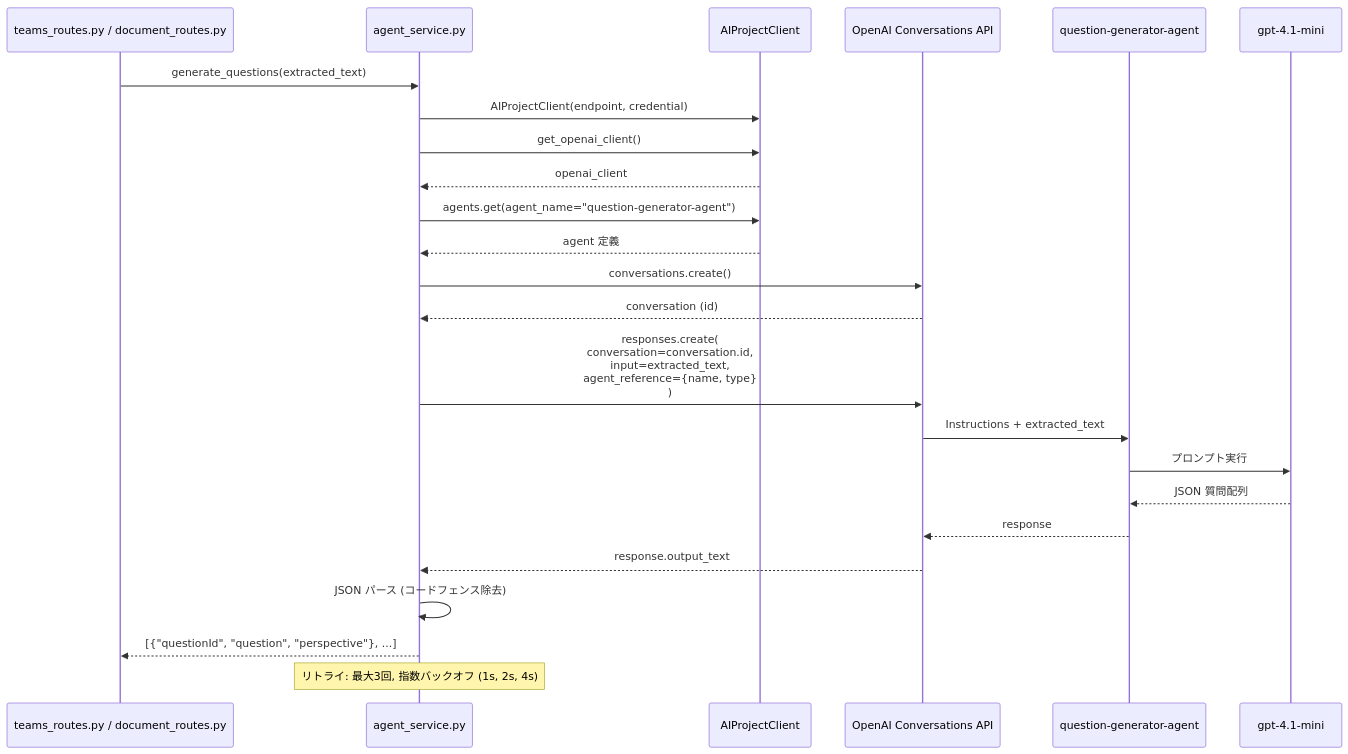
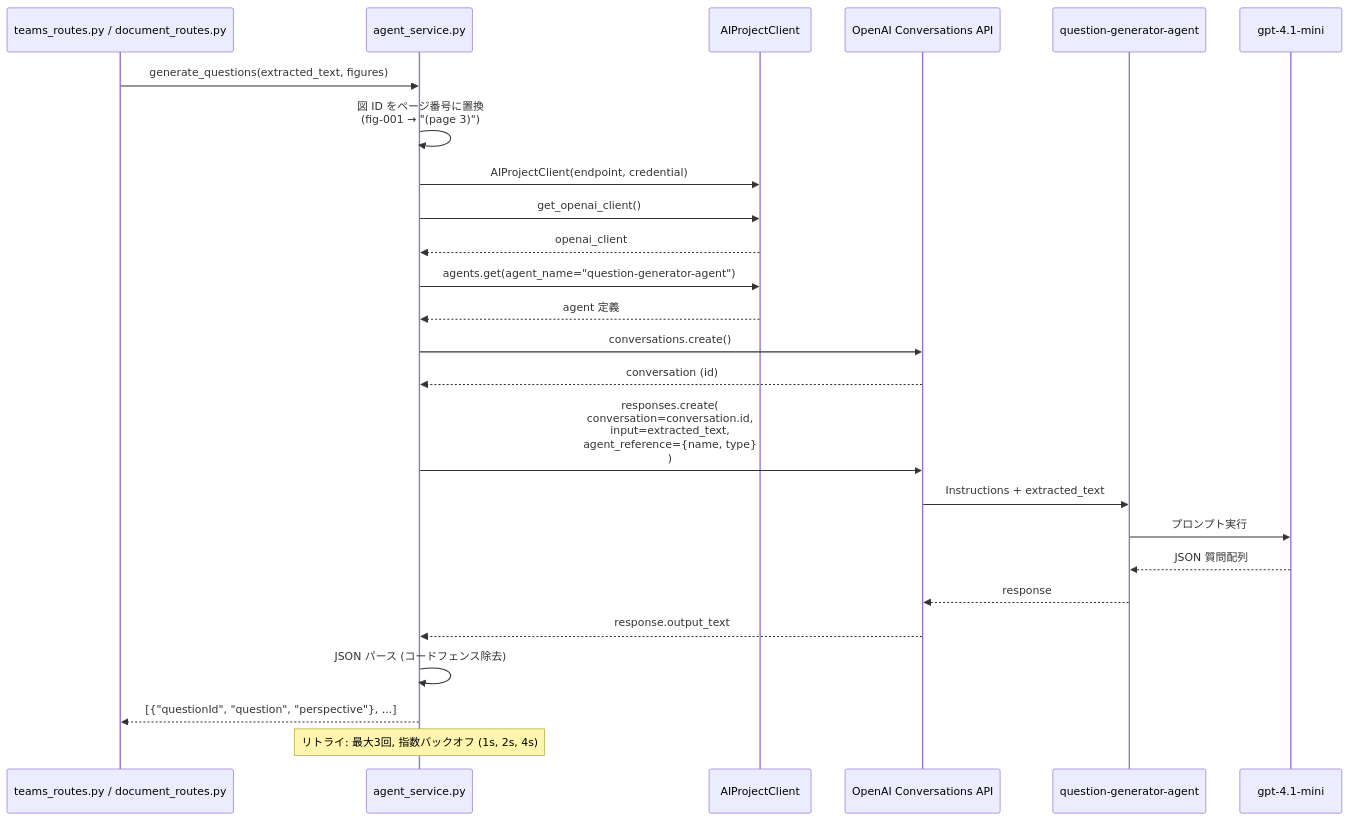
Before and after one commit to hatasaki/Manufacturing-Intelligent-Document-Management: the seventh of 20 diagrams in docs/ARCHITECTURE.md, drawn with Mermaid. The commit also changed other lines of this file and 11 other files, not shown here.

````diff
--- a/docs/ARCHITECTURE.md
+++ b/docs/ARCHITECTURE.md
@@ -252,27 +259,28 @@
 ```mermaid
 sequenceDiagram
     participant Route as teams_routes.py / document_routes.py
     participant Agent_SVC as agent_service.py
     participant Client as AIProjectClient
     participant OpenAI as OpenAI Conversations API
     participant Agent as question-generator-agent
     participant GPT as gpt-4.1-mini
 
-    Route->>Agent_SVC: generate_questions(extracted_text)
+    Route->>Agent_SVC: generate_questions(extracted_text, figures)
+    Agent_SVC->>Agent_SVC: 図 ID をページ番号に置換<br/>(fig-001 → "(page 3)")
     Agent_SVC->>Client: AIProjectClient(endpoint, credential)
     Agent_SVC->>Client: get_openai_client()
     Client-->>Agent_SVC: openai_client
     Agent_SVC->>Client: agents.get(agent_name="question-generator-agent")
     Client-->>Agent_SVC: agent 定義
     Agent_SVC->>OpenAI: conversations.create()
     OpenAI-->>Agent_SVC: conversation (id)
     Agent_SVC->>OpenAI: responses.create(<br/>  conversation=conversation.id,<br/>  input=extracted_text,<br/>  agent_reference={name, type}<br/>)
     OpenAI->>Agent: Instructions + extracted_text
     Agent->>GPT: プロンプト実行
     GPT-->>Agent: JSON 質問配列
     Agent-->>OpenAI: response
     OpenAI-->>Agent_SVC: response.output_text
     Agent_SVC->>Agent_SVC: JSON パース (コードフェンス除去)
     Agent_SVC-->>Route: [{"questionId", "question", "perspective"}, ...]
     Note over Agent_SVC: リトライ: 最大3回, 指数バックオフ (1s, 2s, 4s)
 ```
````
